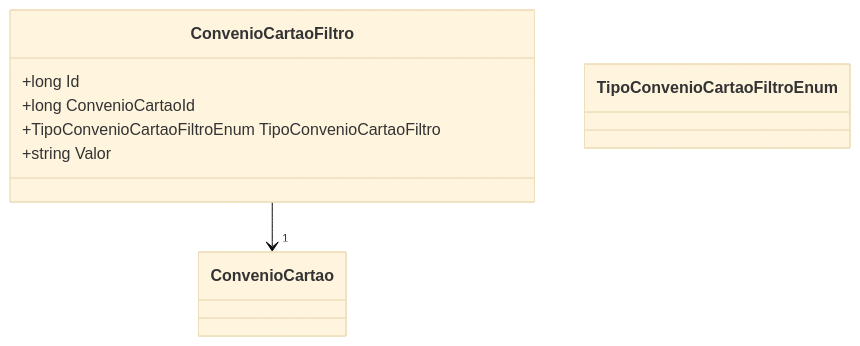
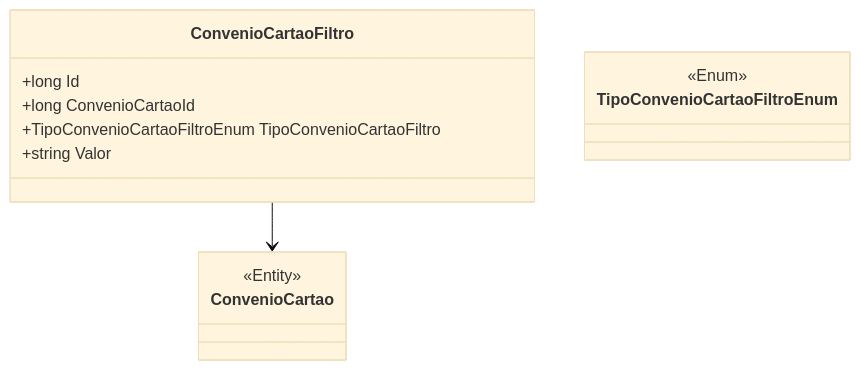
One commit to IsthmusSistemas/documentacao-tecnica changed the diagram in docs/b2b-dominio/IsthmusWinthor.Nucleo/IsthmusWinthor.Dominio/Entidades/ConvenioCartaoFiltro.md. Above: the diagram before and after it, drawn with Mermaid (base theme). The commit also changed other lines of this file and 882 other files, not shown here.

````diff
--- a/docs/b2b-dominio/IsthmusWinthor.Nucleo/IsthmusWinthor.Dominio/Entidades/ConvenioCartaoFiltro.md
+++ b/docs/b2b-dominio/IsthmusWinthor.Nucleo/IsthmusWinthor.Dominio/Entidades/ConvenioCartaoFiltro.md
@@ -22,17 +22,19 @@
 ```mermaid
 classDiagram
     class ConvenioCartaoFiltro {
         +long Id
         +long ConvenioCartaoId
         +TipoConvenioCartaoFiltroEnum TipoConvenioCartaoFiltro
         +string Valor
     }
-    
+
     class ConvenioCartao {
+        <<Entity>>
     }
 
     class TipoConvenioCartaoFiltroEnum {
+        <<Enum>>
     }
 
-    ConvenioCartaoFiltro --> "1" ConvenioCartao
+    ConvenioCartaoFiltro --> ConvenioCartao
 ```
````
